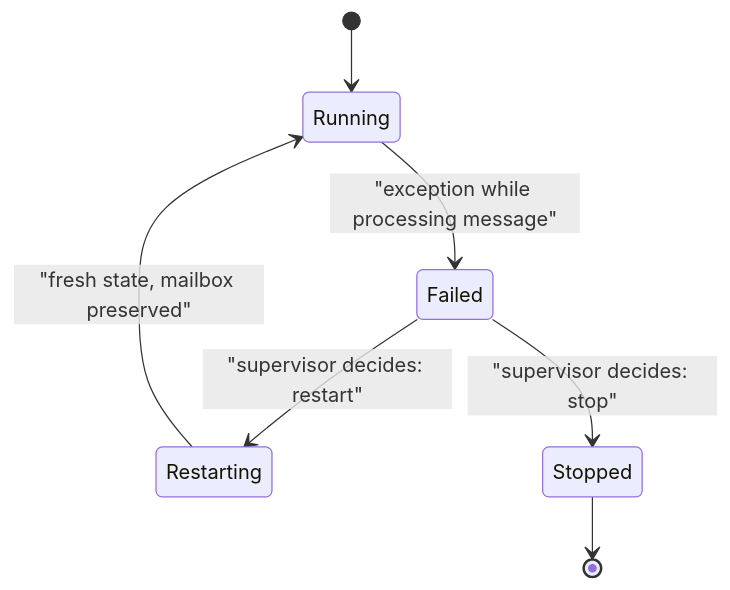
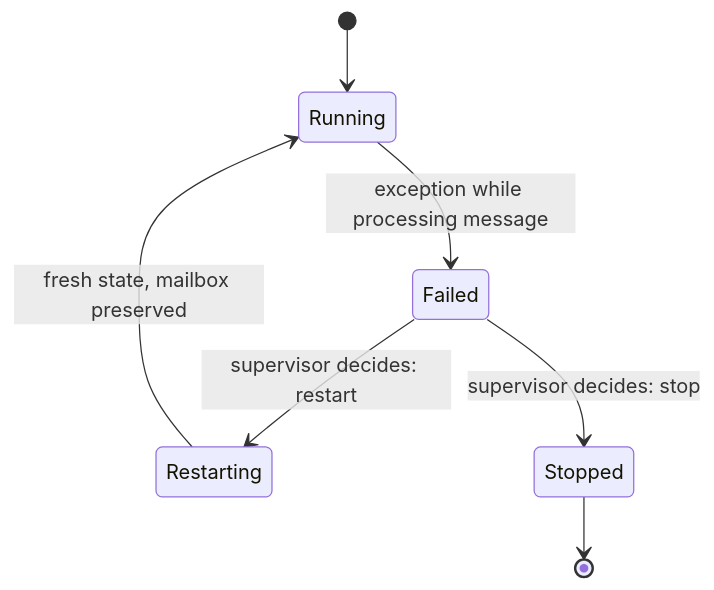
The second of 2 diagrams in content/post/actor-model-vs-shared-memory-concurrency.md (vabs/vabs.github.io), drawn with Mermaid before and after one commit. The commit also changed 87 other files, not shown here.

First line of the commit message:
Fix: Readable mermaid diagrams and fact-check blog posts

```diff
--- a/content/post/actor-model-vs-shared-memory-concurrency.md
+++ b/content/post/actor-model-vs-shared-memory-concurrency.md
@@ -114,9 +114,9 @@
 {{< mermaid >}}
 stateDiagram-v2
   [*] --> Running
-  Running --> Failed: "exception while processing message"
-  Failed --> Restarting: "supervisor decides: restart"
-  Failed --> Stopped: "supervisor decides: stop"
-  Restarting --> Running: "fresh state, mailbox preserved"
+  Running --> Failed: exception while processing message
+  Failed --> Restarting: supervisor decides: restart
+  Failed --> Stopped: supervisor decides: stop
+  Restarting --> Running: fresh state, mailbox preserved
   Stopped --> [*]
 {{< /mermaid >}}
```
